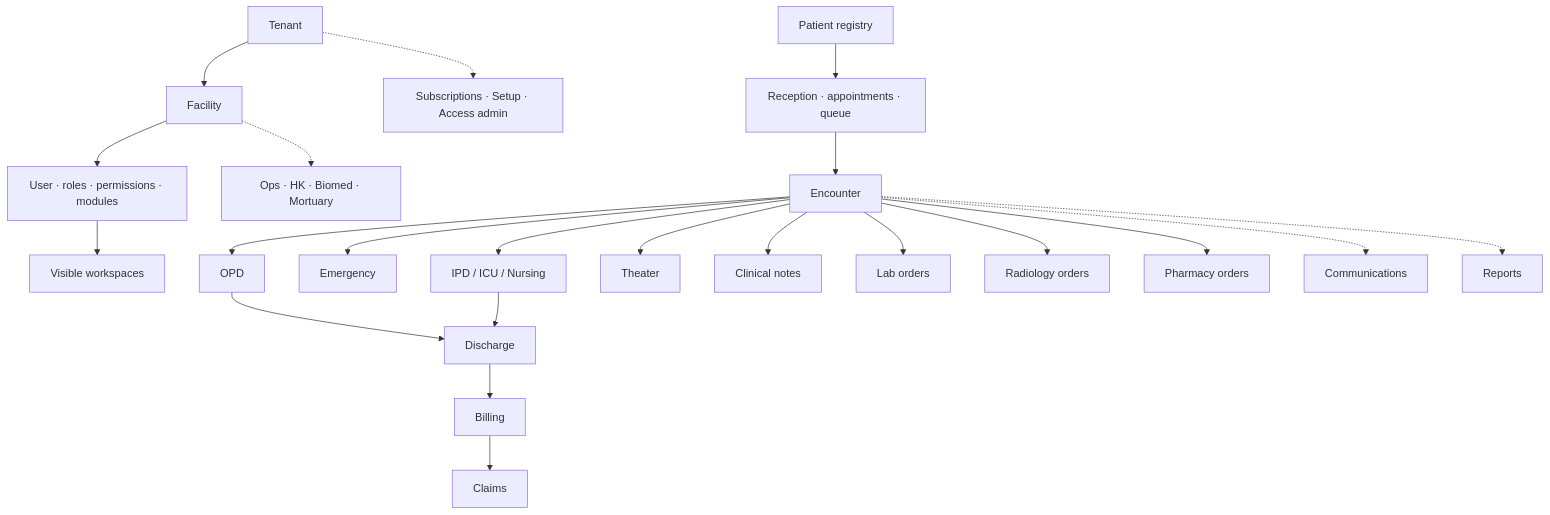
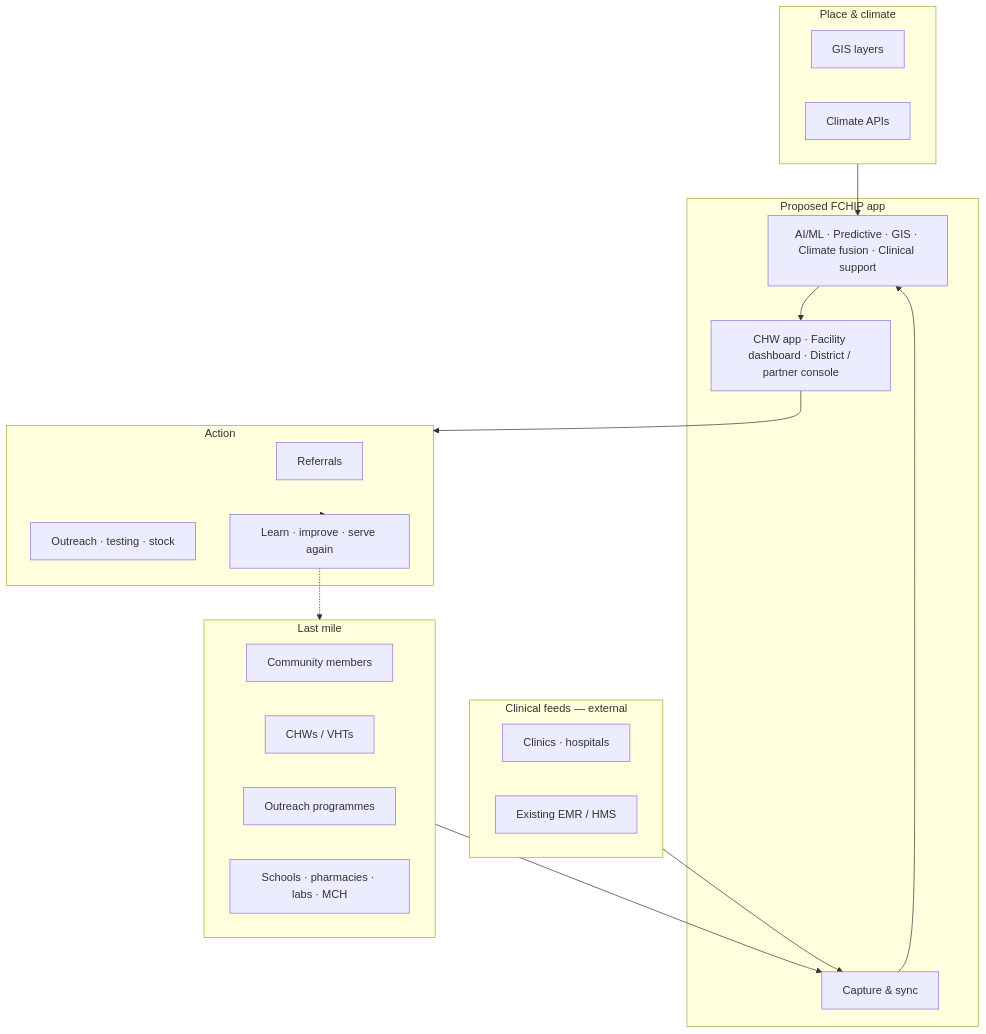
One commit to WASSWA2624/fchip changed the first of 2 diagrams in app-flows/01-overview.md. Above: the diagram before and after it, drawn with Mermaid. The commit also changed other lines of this file and 19 other files, not shown here.

````diff
--- a/app-flows/01-overview.md
+++ b/app-flows/01-overview.md
@@ -81,28 +17,37 @@
 ```mermaid
 flowchart TB
-  TEN[Tenant] --> FAC[Facility]
-  FAC --> USR[User · roles · permissions · modules]
-  USR --> SHELL[Visible workspaces]
+  subgraph field [Last mile]
+    COM[Community members]
+    CHW[CHWs / VHTs]
+    OUT[Outreach programmes]
+    SCH[Schools · pharmacies · labs · MCH]
+  end
 
-  PAT[Patient registry] --> REC[Reception · appointments · queue]
-  REC --> ENC[Encounter]
-  ENC --> OPD[OPD]
-  ENC --> ED[Emergency]
-  ENC --> IPD[IPD / ICU / Nursing]
-  ENC --> TH[Theater]
-  ENC --> CLI[Clinical notes]
+  subgraph clinical [Clinical feeds — external]
+    FAC[Clinics · hospitals]
+    EMR[Existing EMR / HMS]
+  end
 
-  ENC --> LAB[Lab orders]
-  ENC --> RAD[Radiology orders]
-  ENC --> PH[Pharmacy orders]
+  subgraph climate [Place & climate]
+    GIS[GIS layers]
+    CLI[Climate APIs]
+  end
 
-  IPD --> DIS[Discharge]
-  OPD --> DIS
-  DIS --> BIL[Billing]
-  BIL --> CLM[Claims]
+  subgraph fchip [Proposed FCHIP app]
+    CAP[Capture & sync]
+    CORE[AI/ML · Predictive · GIS · Climate fusion · Clinical support]
+    OUT_UI[CHW app · Facility dashboard · District / partner console]
+  end
 
-  ENC -.-> COM[Communications]
-  ENC -.-> REP[Reports]
-  FAC -.-> OPS[Ops · HK · Biomed · Mortuary]
-  TEN -.-> SUB[Subscriptions · Setup · Access admin]
+  subgraph action [Action]
+    REF[Referrals]
+    CAMP[Outreach · testing · stock]
+    LEARN[Learn · improve · serve again]
+  end
+
+  field --> CAP
+  clinical --> CAP
+  climate --> CORE
+  CAP --> CORE --> OUT_UI --> action --> LEARN
+  LEARN -.-> field
 ```
````
